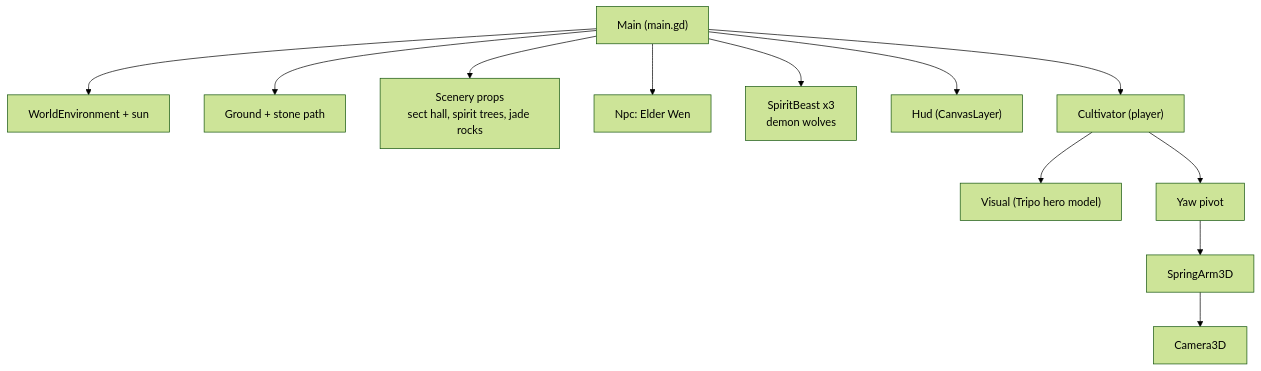
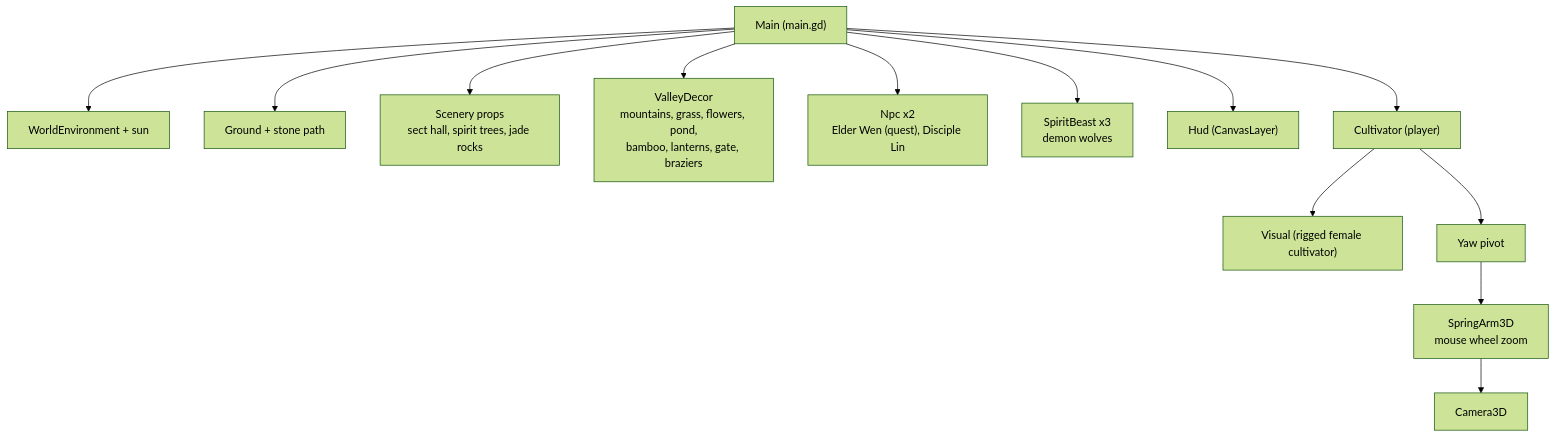
The first of 8 diagrams in docs/architecture.md (jgyy/trixian), drawn with Mermaid (forest theme) before and after one commit. The commit also changed other lines of this file and 35 other files, not shown here.

````diff
--- a/docs/architecture.md
+++ b/docs/architecture.md
@@ -11,14 +11,15 @@
 ```mermaid
 flowchart TD
     main["Main (main.gd)"] --> world["WorldEnvironment + sun"]
     main --> ground["Ground + stone path"]
     main --> scenery["Scenery props<br/>sect hall, spirit trees, jade rocks"]
-    main --> npc["Npc: Elder Wen"]
+    main --> decor["ValleyDecor<br/>mountains, grass, flowers, pond,<br/>bamboo, lanterns, gate, braziers"]
+    main --> npcs["Npc x2<br/>Elder Wen (quest), Disciple Lin"]
     main --> beasts["SpiritBeast x3<br/>demon wolves"]
     main --> hud["Hud (CanvasLayer)"]
     main --> player["Cultivator (player)"]
-    player --> visual["Visual (Tripo hero model)"]
+    player --> visual["Visual (rigged female cultivator)"]
     player --> pivot["Yaw pivot"]
-    pivot --> arm["SpringArm3D"]
+    pivot --> arm["SpringArm3D<br/>mouse wheel zoom"]
     arm --> cam["Camera3D"]
 ```
````
